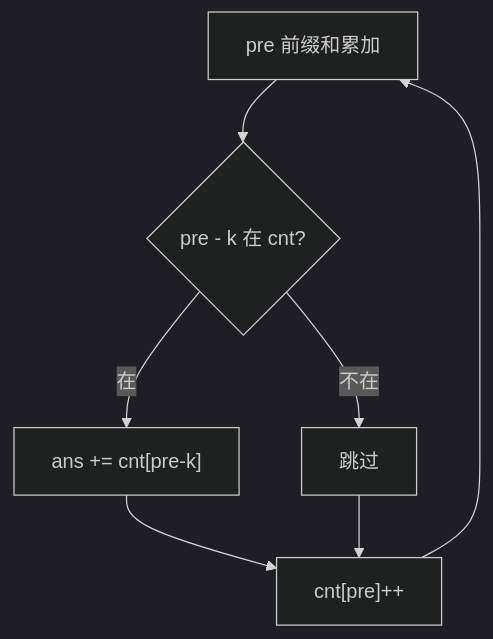
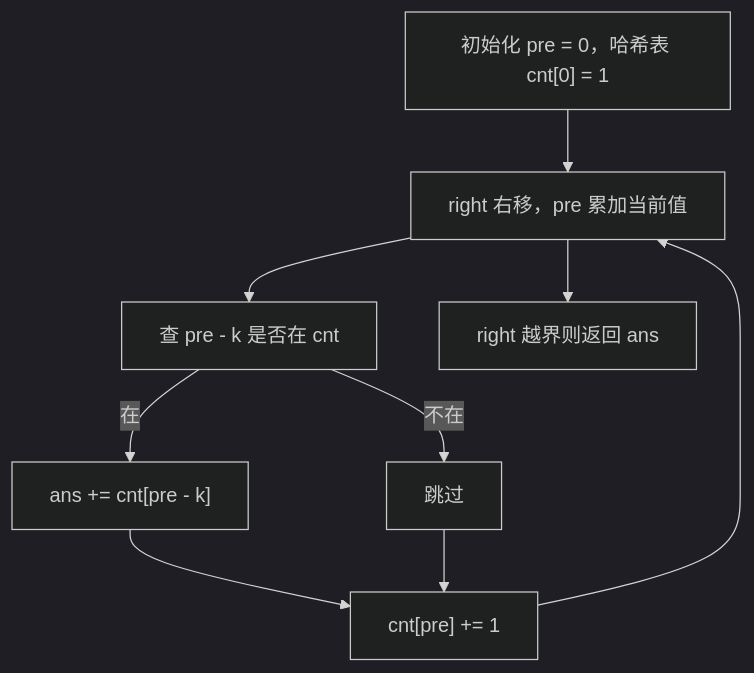
One commit to OctalZero/hot100-py changed the first of 2 diagrams in 04-子串前缀和/0560-和为_K_的子数组.md. Above: the diagram before and after it, drawn with Mermaid (dark theme). The commit also changed other lines of this file and 117 other files, not shown here.

First line of the commit message:
feat: 全题解配图升级为「动画式 mermaid」（总览骨架 + 横向时间线逐步推演）

````diff
--- a/04-子串前缀和/0560-和为_K_的子数组.md
+++ b/04-子串前缀和/0560-和为_K_的子数组.md
@@ -20,9 +20,11 @@
 ```mermaid
 flowchart TD
-    A["pre 前缀和累加"] --> B{"pre - k 在 cnt?"}
-    B -- "在" --> C["ans += cnt[pre-k]"]
-    B -- "不在" --> D["跳过"]
-    C --> E["cnt[pre]++"]
-    D --> E
-    E --> A
+    A["初始化 pre = 0，哈希表 cnt[0] = 1"] --> B["right 右移，pre 累加当前值"]
+    B --> C["查 pre - k 是否在 cnt"]
+    C -->|"在"| D["ans += cnt[pre - k]"]
+    C -->|"不在"| E["跳过"]
+    D --> F["cnt[pre] += 1"]
+    E --> F
+    F --> B
+    B --> G["right 越界则返回 ans"]
 ```
````
